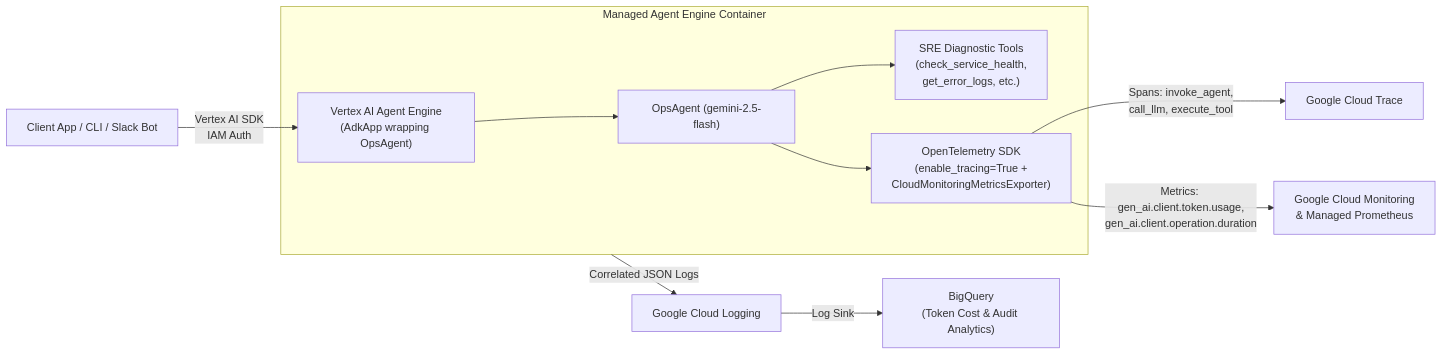
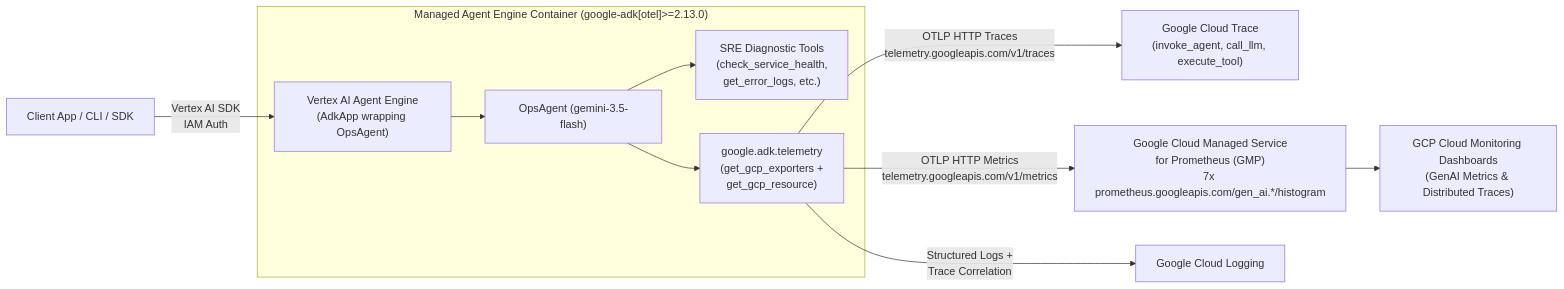
Before and after one commit to naveen-engg/google-adk-local-observability: the diagram in deploy/agent_engine/README.md, drawn with Mermaid. The commit also changed other lines of this file and 4 other files, not shown here.

Commit message:
docs(agent_engine): update README, dashboard configs, and replace synthetic images with real GCP Console snapshots

````diff
--- a/deploy/agent_engine/README.md
+++ b/deploy/agent_engine/README.md
@@ -9,15 +9,15 @@
 ```mermaid
 flowchart LR
-    Client["Client App / CLI / Slack Bot"] -->|Vertex AI SDK\nIAM Auth| AE["Vertex AI Agent Engine\n(AdkApp wrapping OpsAgent)"]
+    Client["Client App / CLI / SDK"] -->|Vertex AI SDK\nIAM Auth| AE["Vertex AI Agent Engine\n(AdkApp wrapping OpsAgent)"]
     
-    subgraph Runtime["Managed Agent Engine Container"]
-        AE --> Root["OpsAgent (gemini-2.5-flash)"]
+    subgraph Runtime["Managed Agent Engine Container (google-adk[otel]>=2.13.0)"]
+        AE --> Root["OpsAgent (gemini-3.5-flash)"]
         Root --> Tools["SRE Diagnostic Tools\n(check_service_health,\nget_error_logs, etc.)"]
-        Root --> OTel["OpenTelemetry SDK\n(enable_tracing=True +\nCloudMonitoringMetricsExporter)"]
+        Root --> OTel["google.adk.telemetry\n(get_gcp_exporters +\nget_gcp_resource)"]
     end
 
-    OTel -->|Spans: invoke_agent,\ncall_llm, execute_tool| CT["Google Cloud Trace"]
-    OTel -->|Metrics: gen_ai.client.token.usage,\ngen_ai.client.operation.duration| CM["Google Cloud Monitoring\n& Managed Prometheus"]
-    Runtime -->|Correlated JSON Logs| CL["Google Cloud Logging"]
-    CL -->|Log Sink| BQ["BigQuery\n(Token Cost & Audit Analytics)"]
+    OTel -->|OTLP HTTP Traces\ntelemetry.googleapis.com/v1/traces| CT["Google Cloud Trace\n(invoke_agent, call_llm, execute_tool)"]
+    OTel -->|OTLP HTTP Metrics\ntelemetry.googleapis.com/v1/metrics| GMP["Google Cloud Managed Service\nfor Prometheus (GMP)\n7x prometheus.googleapis.com/gen_ai.*/histogram"]
+    OTel -->|Structured Logs +\nTrace Correlation| CL["Google Cloud Logging"]
+    GMP --> Dash["GCP Cloud Monitoring Dashboards\n(GenAI Metrics & Distributed Traces)"]
 ```
````
